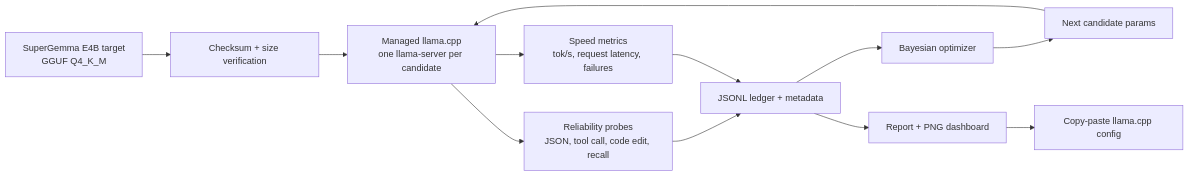
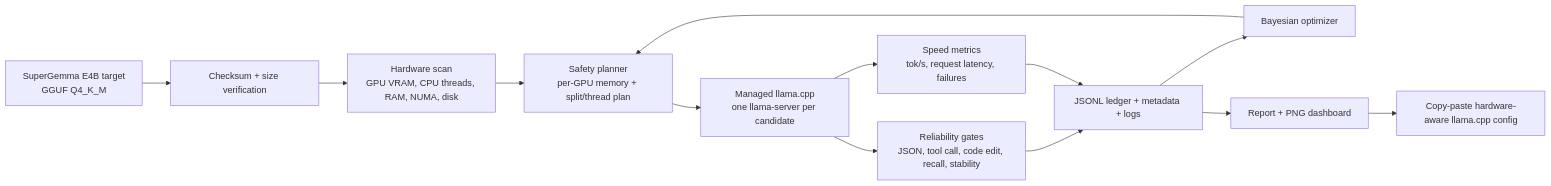
One commit to streetquant/supergemma-autotune changed the diagram in README.md. Above: the diagram before and after it, drawn with Mermaid. The commit also changed other lines of this file and 13 other files, not shown here.

First line of the commit message:
Extend validation and hardware-aware planning

````diff
--- a/README.md
+++ b/README.md
@@ -51,14 +53,15 @@
 ```mermaid
 flowchart LR
     A[SuperGemma E4B target<br/>GGUF Q4_K_M] --> B[Checksum + size verification]
-    B --> C[Managed llama.cpp<br/>one llama-server per candidate]
-    C --> D[Reliability probes<br/>JSON, tool call, code edit, recall]
-    C --> E[Speed metrics<br/>tok/s, request latency, failures]
-    D --> F[JSONL ledger + metadata]
-    E --> F
-    F --> G[Bayesian optimizer]
-    G --> H[Next candidate params]
-    H --> C
-    F --> I[Report + PNG dashboard]
-    I --> J[Copy-paste llama.cpp config]
+    B --> C[Hardware scan<br/>GPU VRAM, CPU threads, RAM, NUMA, disk]
+    C --> D[Safety planner<br/>per-GPU memory + split/thread plan]
+    D --> E[Managed llama.cpp<br/>one llama-server per candidate]
+    E --> F[Reliability gates<br/>JSON, tool call, code edit, recall, stability]
+    E --> G[Speed metrics<br/>tok/s, request latency, failures]
+    F --> H[JSONL ledger + metadata + logs]
+    G --> H
+    H --> I[Bayesian optimizer]
+    I --> D
+    H --> J[Report + PNG dashboard]
+    J --> K[Copy-paste hardware-aware llama.cpp config]
 ```
````
